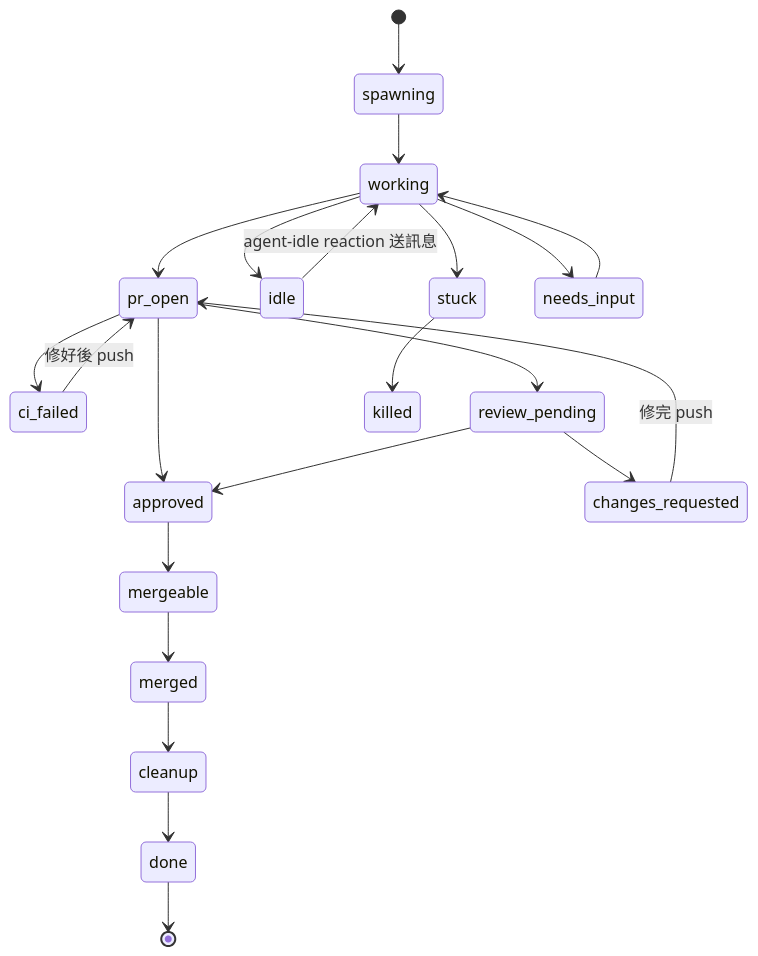
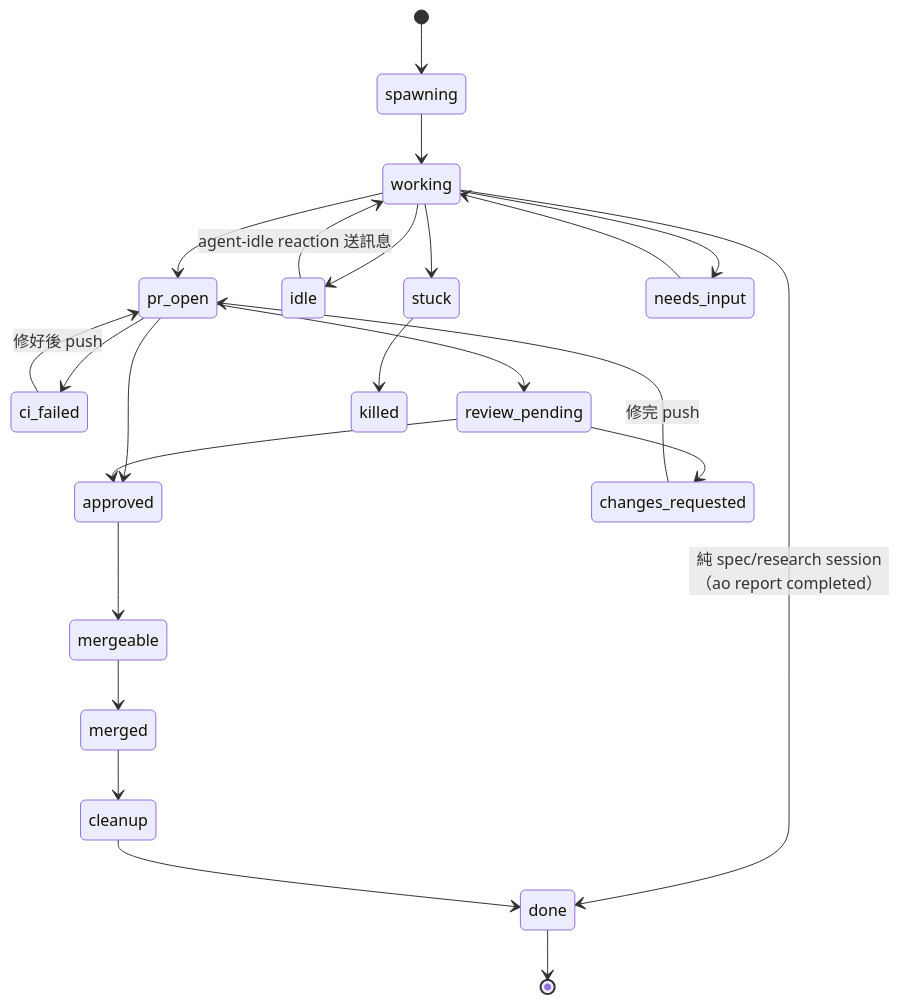
Before and after one commit to huskylin/agent-orchestrator: the second of 3 diagrams in README.md, drawn with Mermaid. The commit also changed other lines of this file, not shown here.

First line of the commit message:
docs: 更新 README 對應 spec-phase 自動串聯與 Jira 同步等改動

````diff
--- a/README.md
+++ b/README.md
@@ -138,24 +167,25 @@
 ```mermaid
 stateDiagram-v2
     [*] --> spawning
     spawning --> working
     working --> pr_open
     working --> idle
     working --> stuck
     working --> needs_input
+    working --> done : 純 spec/research session（ao report completed）
     pr_open --> ci_failed
     pr_open --> review_pending
     pr_open --> approved
     ci_failed --> pr_open : 修好後 push
     review_pending --> changes_requested
     review_pending --> approved
     changes_requested --> pr_open : 修完 push
     approved --> mergeable
     mergeable --> merged
     merged --> cleanup
     cleanup --> done
     idle --> working : agent-idle reaction 送訊息
     stuck --> killed
     needs_input --> working
     done --> [*]
 ```
````
